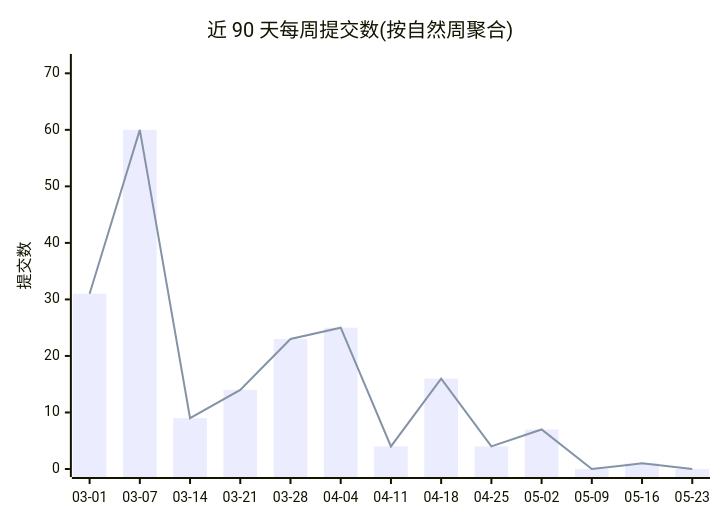
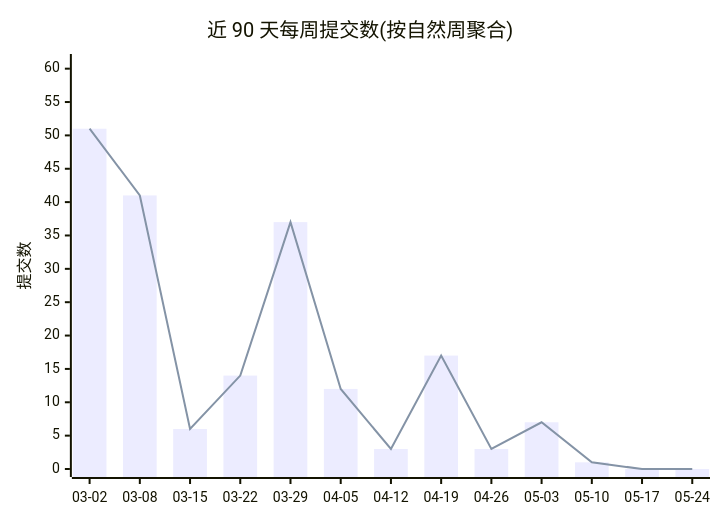
One commit to Conflux-Union/.github changed the first of 2 diagrams in profile/README.md. Above: the diagram before and after it, drawn with Mermaid. The commit also changed other lines of this file and 1 other file, not shown here.

Commit message:
chore(stats): refresh org commit stats

````diff
--- a/profile/README.md
+++ b/profile/README.md
@@ -44,8 +44,8 @@
 ```mermaid
 xychart-beta
     title "近 90 天每周提交数(按自然周聚合)"
-    x-axis ["03-01", "03-07", "03-14", "03-21", "03-28", "04-04", "04-11", "04-18", "04-25", "05-02", "05-09", "05-16", "05-23"]
-    y-axis "提交数" 0 --> 72
-    bar [31, 60, 9, 14, 23, 25, 4, 16, 4, 7, 0, 1, 0]
-    line [31, 60, 9, 14, 23, 25, 4, 16, 4, 7, 0, 1, 0]
+    x-axis ["03-02", "03-08", "03-15", "03-22", "03-29", "04-05", "04-12", "04-19", "04-26", "05-03", "05-10", "05-17", "05-24"]
+    y-axis "提交数" 0 --> 61
+    bar [51, 41, 6, 14, 37, 12, 3, 17, 3, 7, 1, 0, 0]
+    line [51, 41, 6, 14, 37, 12, 3, 17, 3, 7, 1, 0, 0]
 ```
````
